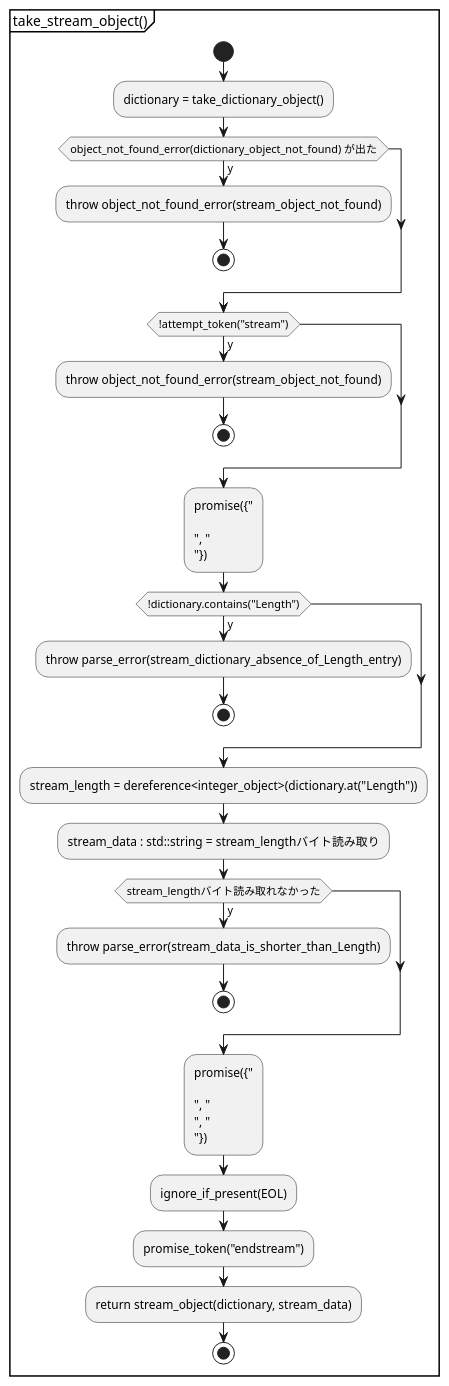
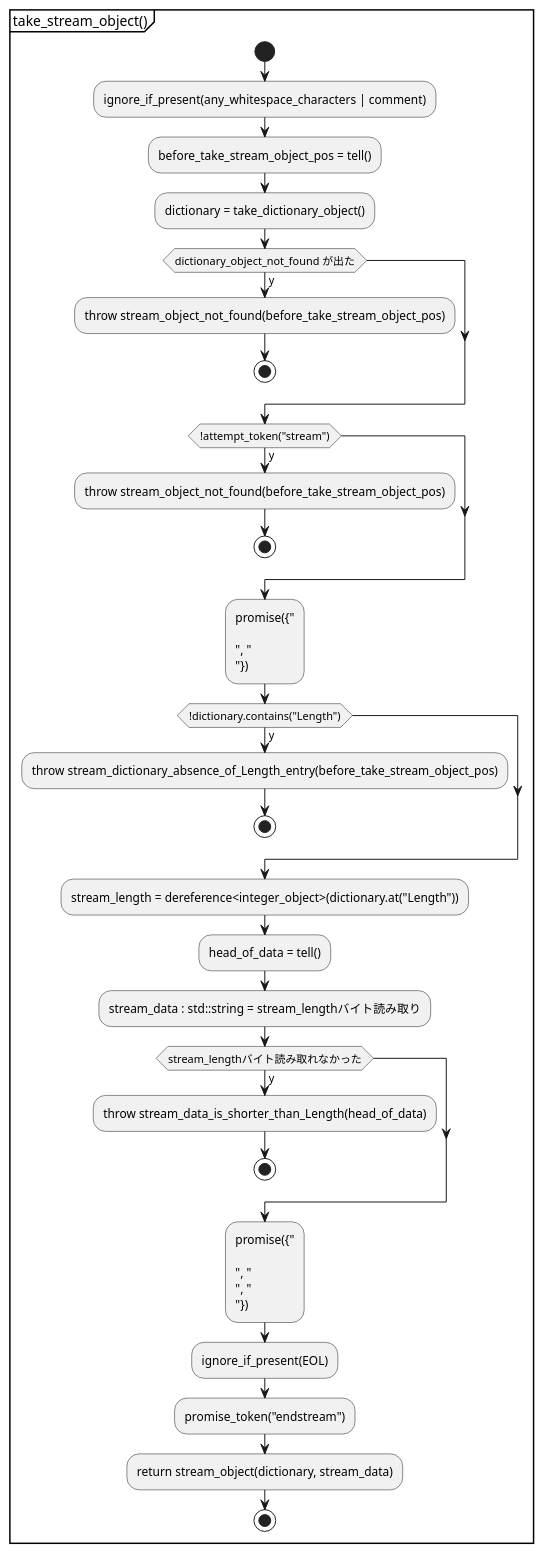
The tenth of 15 diagrams in document/document_reader/ipdfstream/object_stream/object_stream.activity.pu (KodaiYM/PDFReader), drawn with PlantUML before and after one commit. The commit also changed other lines of this file and 23 other files, not shown here.

```diff
--- a/document/document_reader/ipdfstream/object_stream/object_stream.activity.pu
+++ b/document/document_reader/ipdfstream/object_stream/object_stream.activity.pu
@@ -338,40 +361,44 @@
 @startuml take_stream_object
 partition "take_stream_object()" {
 start
+	:ignore_if_present(any_whitespace_characters | comment);
+	:before_take_stream_object_pos = tell();
+
 	:dictionary = take_dictionary_object();
-	if (object_not_found_error(dictionary_object_not_found) が出た) then (y)
-		:throw object_not_found_error(stream_object_not_found);
+	if (dictionary_object_not_found が出た) then (y)
+		:throw stream_object_not_found(before_take_stream_object_pos);
 		stop
 	endif
 
 	if (!attempt_token("stream")) then (y)
-		:throw object_not_found_error(stream_object_not_found);
+		:throw stream_object_not_found(before_take_stream_object_pos);
 		stop
 	endif
 
 	:promise({"\r\n", "\n"});
 
 	if (!dictionary.contains("Length")) then (y)
-		:throw parse_error(stream_dictionary_absence_of_Length_entry);
+		:throw stream_dictionary_absence_of_Length_entry(before_take_stream_object_pos);
 		stop
 	endif
 
 	:stream_length = dereference<integer_object>(dictionary.at("Length"));
 
+	:head_of_data = tell();
 	:stream_data : std::string = stream_lengthバイト読み取り;
 	' HACK: stream_length バイト読み取り中に、Filterに対する明示的なEODマーカーが出現した場合にエラーにする
 	if (stream_lengthバイト読み取れなかった) then (y)
-		:throw parse_error(stream_data_is_shorter_than_Length);
+		:throw stream_data_is_shorter_than_Length(head_of_data);
 		stop
 	endif
 
 	:promise({"\r\n", "\n", "\r"});
 
 	:ignore_if_present(EOL);
 
 	:promise_token("endstream");
 	
 	:return stream_object(dictionary, stream_data);
 stop
 }
 @enduml
```
